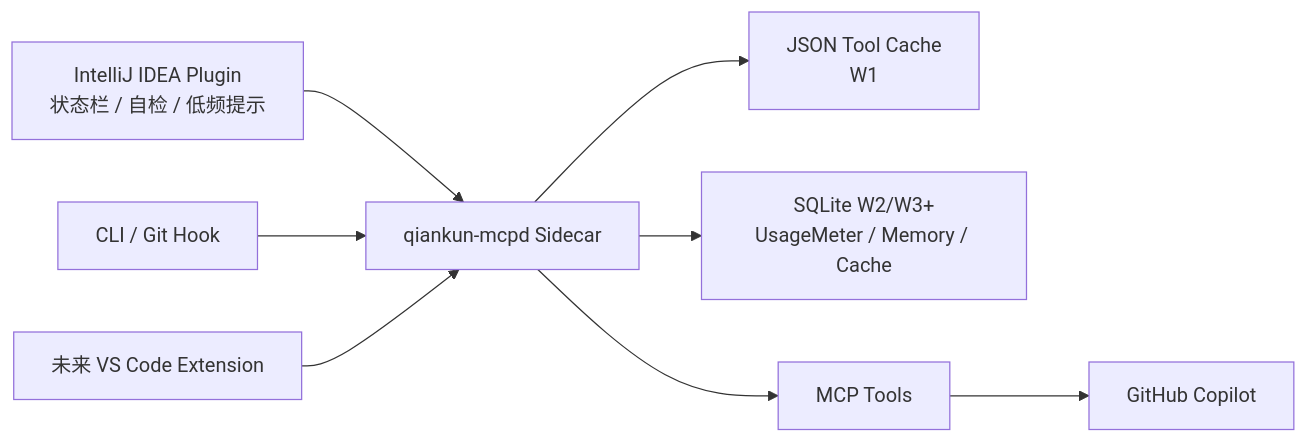
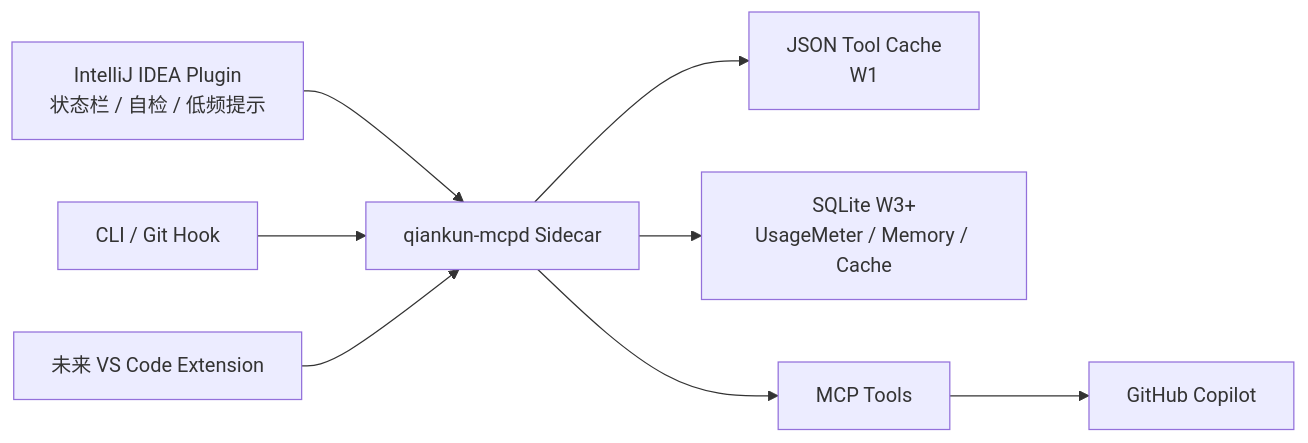
One commit to xiaoboxuezhangora/QianKun changed the diagram in README.md. Above: the diagram before and after it, drawn with Mermaid. The commit also changed other lines of this file, not shown here.

````diff
--- a/README.md
+++ b/README.md
@@ -45,10 +45,10 @@
 ```mermaid
 flowchart LR
   IDEA["IntelliJ IDEA Plugin\n状态栏 / 自检 / 低频提示"] --> SC["qiankun-mcpd Sidecar"]
   CLI["CLI / Git Hook"] --> SC
   VS["未来 VS Code Extension"] --> SC
   SC --> TC["JSON Tool Cache\nW1"]
-  SC --> DB["SQLite W2/W3+\nUsageMeter / Memory / Cache"]
+  SC --> DB["SQLite W3+\nUsageMeter / Memory / Cache"]
   SC --> MCP["MCP Tools"]
   MCP --> CP["GitHub Copilot"]
 ```
````
